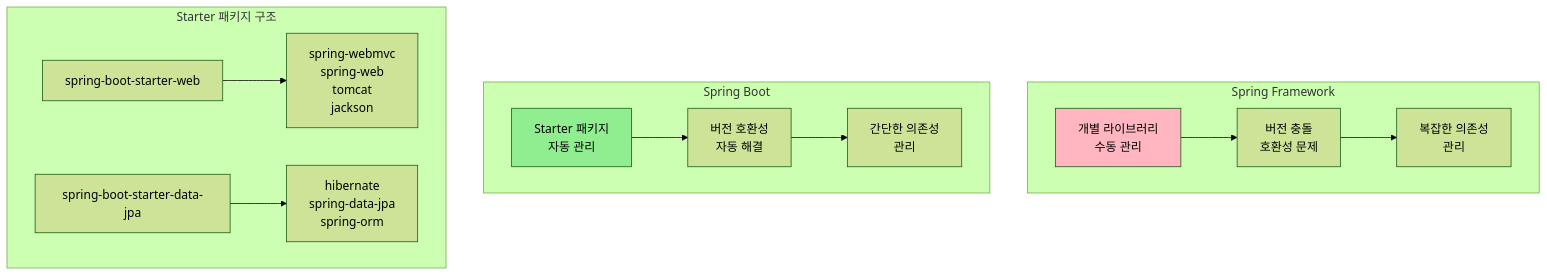
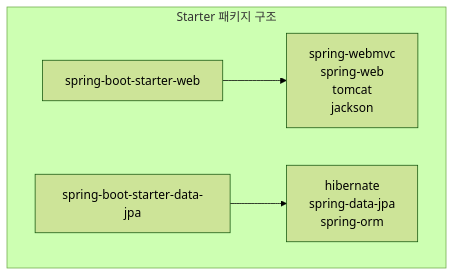
One commit to schooldevops/interview-spring-java-kotlin changed the fourth of 17 diagrams in 04.SpringVsSpringBoot.md. Above: the diagram before and after it, drawn with Mermaid (forest theme).

Commit message:
add spring boot and spring

````diff
--- a/04.SpringVsSpringBoot.md
+++ b/04.SpringVsSpringBoot.md
@@ -191,20 +210,7 @@
 ```mermaid
-graph TB
-    subgraph "Spring Framework"
-        A[개별 라이브러리<br/>수동 관리] --> B[버전 충돌<br/>호환성 문제]
-        B --> C[복잡한 의존성<br/>관리]
-    end
-    
-    subgraph "Spring Boot"
-        D[Starter 패키지<br/>자동 관리] --> E[버전 호환성<br/>자동 해결]
-        E --> F[간단한 의존성<br/>관리]
-    end
-    
+graph TB    
     subgraph "Starter 패키지 구조"
         G[spring-boot-starter-web] --> H[spring-webmvc<br/>spring-web<br/>tomcat<br/>jackson]
         I[spring-boot-starter-data-jpa] --> J[hibernate<br/>spring-data-jpa<br/>spring-orm]
     end
-    
-    style A fill:#FFB6C1
-    style D fill:#90EE90
 ```
````
